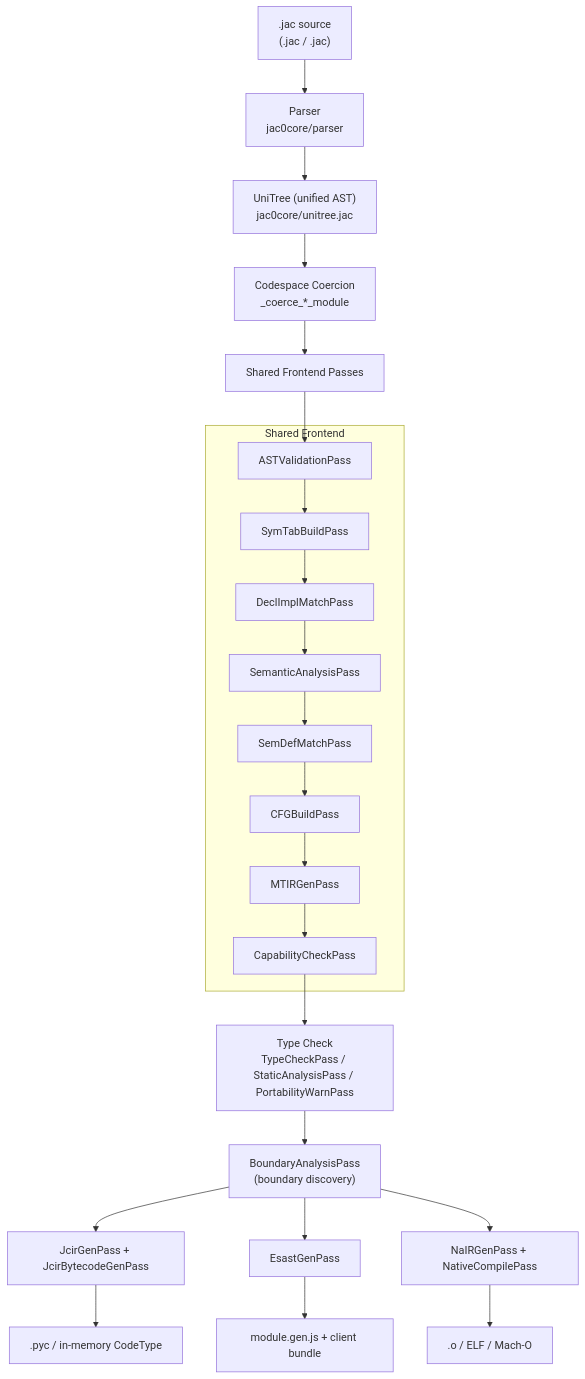
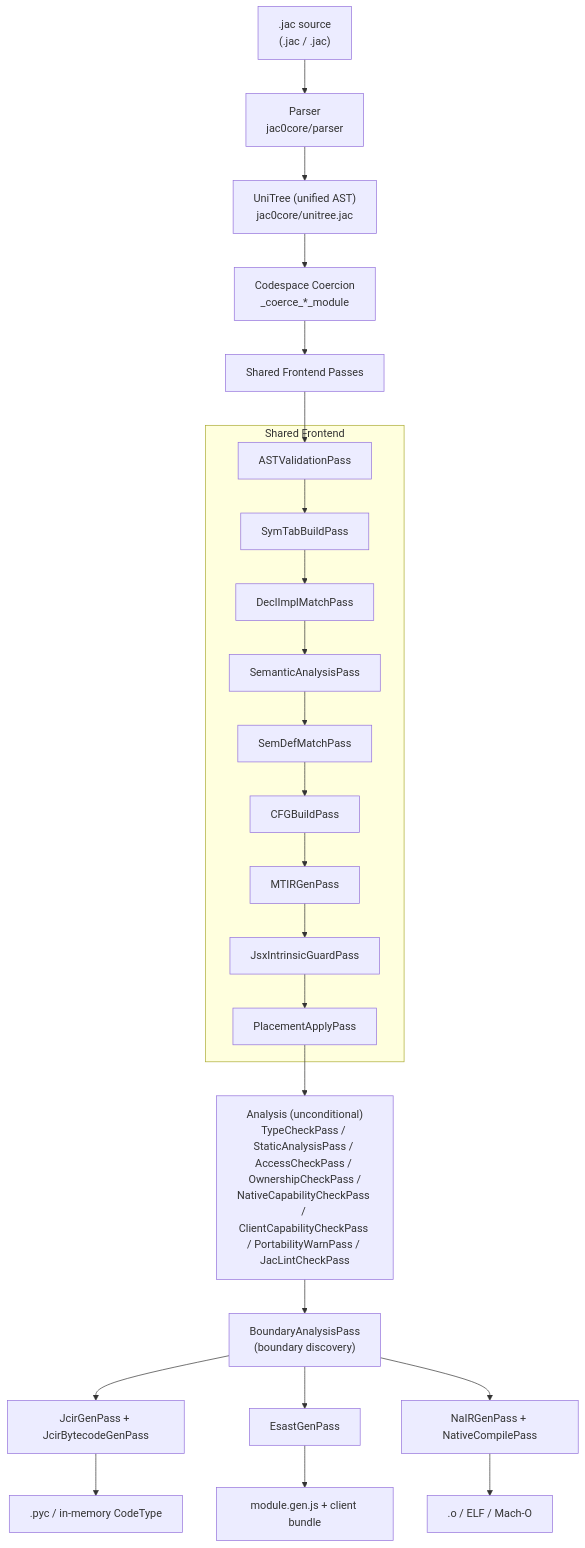
The second of 3 diagrams in jac/jaclang/cli/docs/internals/compiler_architecture.md (jaseci-labs/jaseci), drawn with Mermaid before and after one commit. The commit also changed other lines of this file and 36 other files, not shown here.

````diff
--- a/jac/jaclang/cli/docs/internals/compiler_architecture.md
+++ b/jac/jaclang/cli/docs/internals/compiler_architecture.md
@@ -98,29 +98,30 @@
 ```mermaid
 graph TD
     SRC[".jac source<br/>(.jac / .jac)"] --> PARSE[Parser<br/>jac0core/parser]
     PARSE --> UNI["UniTree (unified AST)<br/>jac0core/unitree.jac"]
     UNI --> COERCE["Codespace Coercion<br/>_coerce_*_module"]
     COERCE --> FRONTEND[Shared Frontend Passes]
 
     subgraph FRONTEND_PASSES["Shared Frontend"]
         FE1[ASTValidationPass]
         FE2[SymTabBuildPass]
         FE3[DeclImplMatchPass]
         FE4[SemanticAnalysisPass]
         FE5[SemDefMatchPass]
         FE6[CFGBuildPass]
         FE7[MTIRGenPass]
-        FE8[CapabilityCheckPass]
+        FE8[JsxIntrinsicGuardPass]
+        FE9[PlacementApplyPass]
     end
 
-    FRONTEND --> FE1 --> FE2 --> FE3 --> FE4 --> FE5 --> FE6 --> FE7 --> FE8
-    FE8 --> TYPECK["Type Check<br/>TypeCheckPass / StaticAnalysisPass / PortabilityWarnPass"]
+    FRONTEND --> FE1 --> FE2 --> FE3 --> FE4 --> FE5 --> FE6 --> FE7 --> FE8 --> FE9
+    FE9 --> TYPECK["Analysis (unconditional)<br/>TypeCheckPass / StaticAnalysisPass / AccessCheckPass / OwnershipCheckPass /<br/>NativeCapabilityCheckPass / ClientCapabilityCheckPass / PortabilityWarnPass / JacLintCheckPass"]
     TYPECK --> INTEROP["BoundaryAnalysisPass<br/>(boundary discovery)"]
     INTEROP --> SV[JcirGenPass + JcirBytecodeGenPass]
     INTEROP --> CL[EsastGenPass]
     INTEROP --> NA[NaIRGenPass + NativeCompilePass]
 
     SV --> SVOUT[".pyc / in-memory CodeType"]
     CL --> CLOUT["module.gen.js + client bundle"]
     NA --> NAOUT[".o / ELF / Mach-O"]
 ```
````
